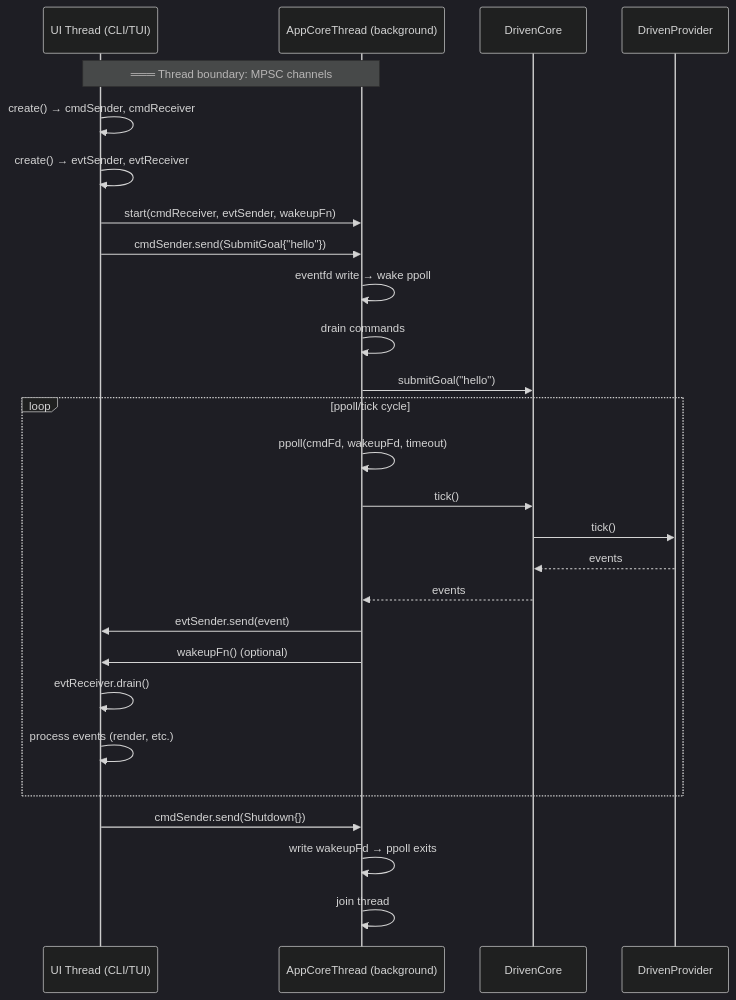
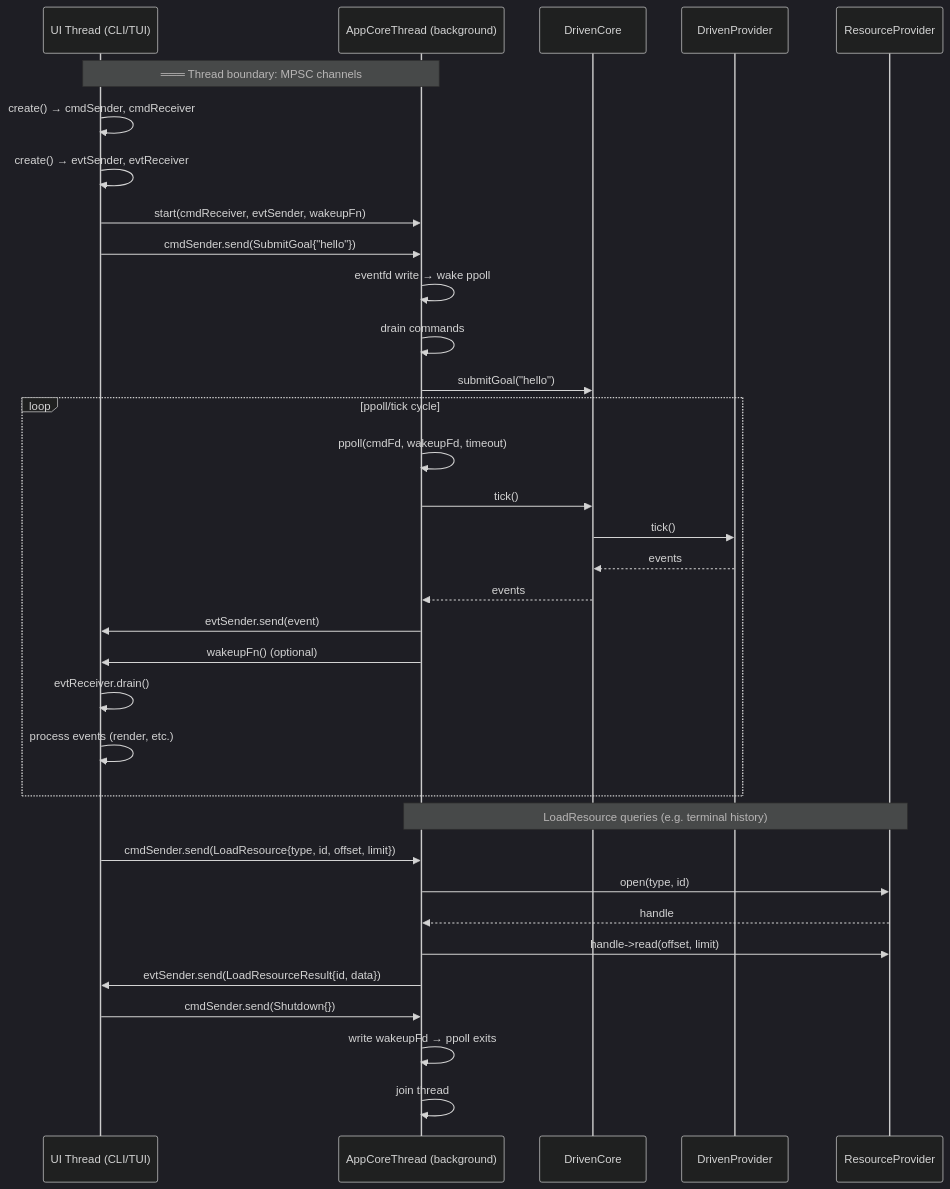
Before and after one commit to opensassi/a0: the sixth of 6 diagrams in specs/concurrency-model.md, drawn with Mermaid (dark theme). The commit also changed other lines of this file and 165 other files, not shown here.

````diff
--- a/specs/concurrency-model.md
+++ b/specs/concurrency-model.md
@@ -678,35 +654,43 @@
 ```mermaid
 sequenceDiagram
     participant UI as UI Thread (CLI/TUI)
     participant ACT as AppCoreThread (background)
     participant DC as DrivenCore
     participant DP as DrivenProvider
+    participant RP as ResourceProvider
 
     Note over UI,ACT: ═══ Thread boundary: MPSC channels
 
     UI->>UI: create() → cmdSender, cmdReceiver
     UI->>UI: create() → evtSender, evtReceiver
     UI->>ACT: start(cmdReceiver, evtSender, wakeupFn)
 
     UI->>ACT: cmdSender.send(SubmitGoal{"hello"})
     ACT->>ACT: eventfd write → wake ppoll
     ACT->>ACT: drain commands
     ACT->>DC: submitGoal("hello")
 
     loop ppoll/tick cycle
         ACT->>ACT: ppoll(cmdFd, wakeupFd, timeout)
         ACT->>DC: tick()
         DC->>DP: tick()
         DP-->>DC: events
         DC-->>ACT: events
         ACT->>UI: evtSender.send(event)
         ACT->>UI: wakeupFn() (optional)
 
         UI->>UI: evtReceiver.drain()
         UI->>UI: process events (render, etc.)
     end
 
+    Note over ACT,RP: LoadResource queries (e.g. terminal history)
+    UI->>ACT: cmdSender.send(LoadResource{type, id, offset, limit})
+    ACT->>RP: open(type, id)
+    RP-->>ACT: handle
+    ACT->>RP: handle->read(offset, limit)
+    ACT->>UI: evtSender.send(LoadResourceResult{id, data})
+
     UI->>ACT: cmdSender.send(Shutdown{})
     ACT->>ACT: write wakeupFd → ppoll exits
     ACT->>ACT: join thread
 ```
````
